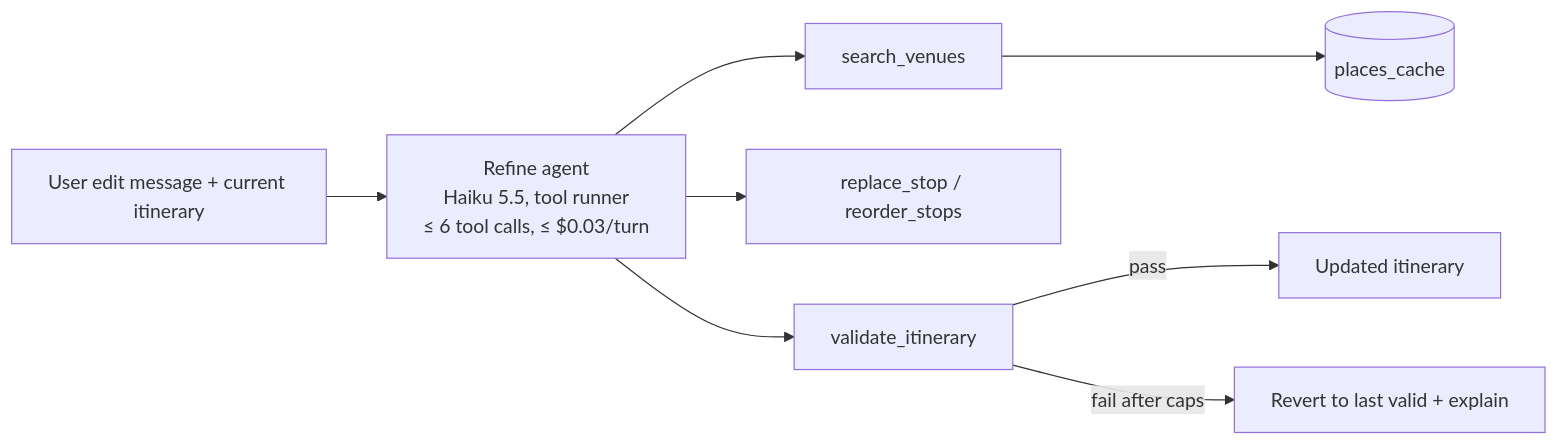
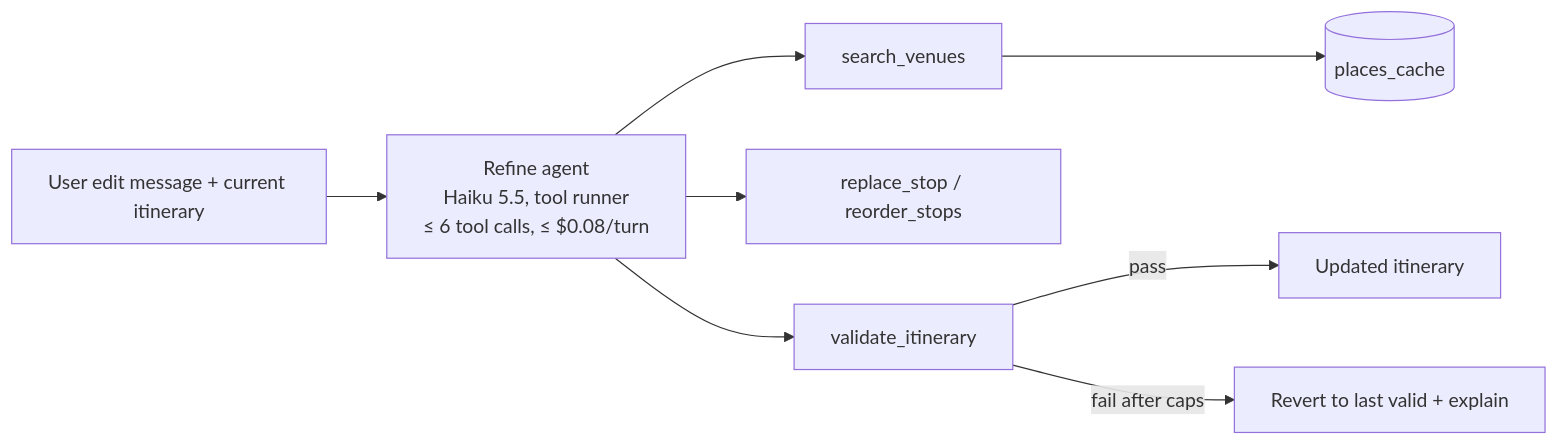
Before and after one commit to EvaUnit09/NightCap: the second of 2 diagrams in docs/architecture.md, drawn with Mermaid. The commit also changed 6 other files, not shown here.

First line of the commit message:
Raise the agent turn cost cap to $0.08 so one Places search fits.

````diff
--- a/docs/architecture.md
+++ b/docs/architecture.md
@@ -29,10 +29,10 @@
 ```mermaid
 flowchart LR
-    M[User edit message + current itinerary] --> A[Refine agent<br/>Haiku 5.5, tool runner<br/>≤ 6 tool calls, ≤ $0.03/turn]
+    M[User edit message + current itinerary] --> A[Refine agent<br/>Haiku 5.5, tool runner<br/>≤ 6 tool calls, ≤ $0.08/turn]
     A --> T1[search_venues]
     A --> T2[replace_stop / reorder_stops]
     A --> T3[validate_itinerary]
     T1 --> C[(places_cache)]
     T3 -->|pass| OUT[Updated itinerary]
     T3 -->|fail after caps| REV[Revert to last valid + explain]
 ```
````
